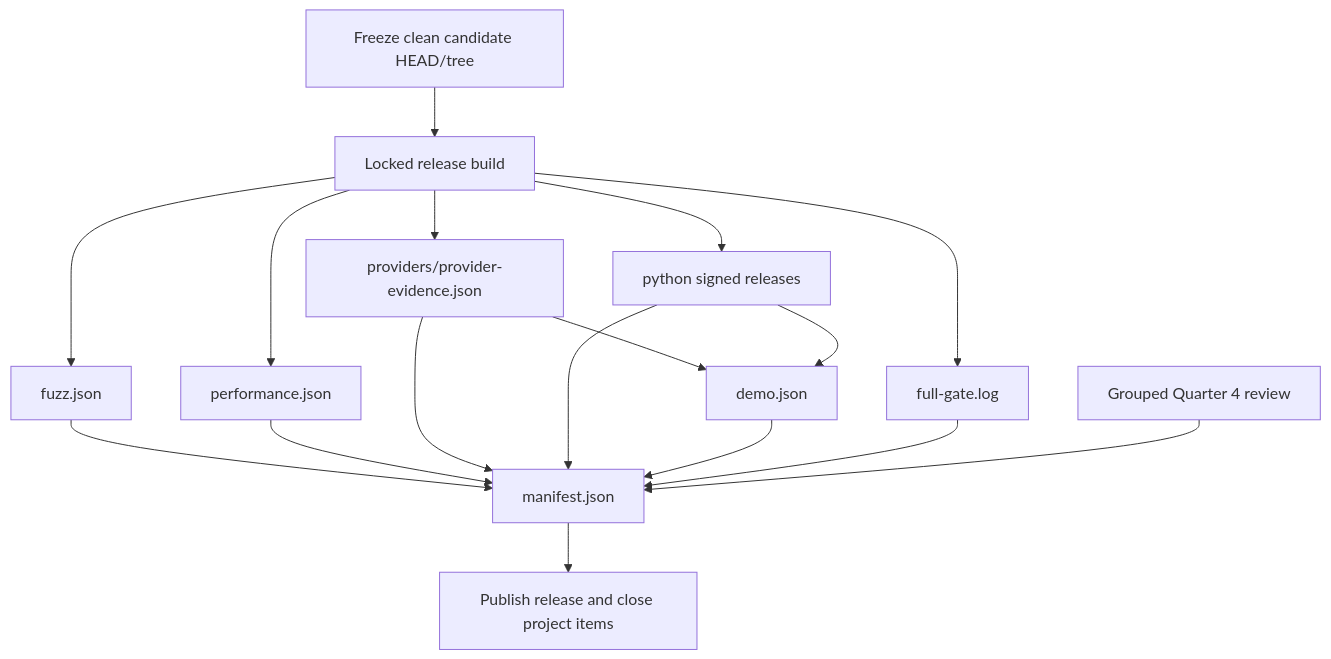
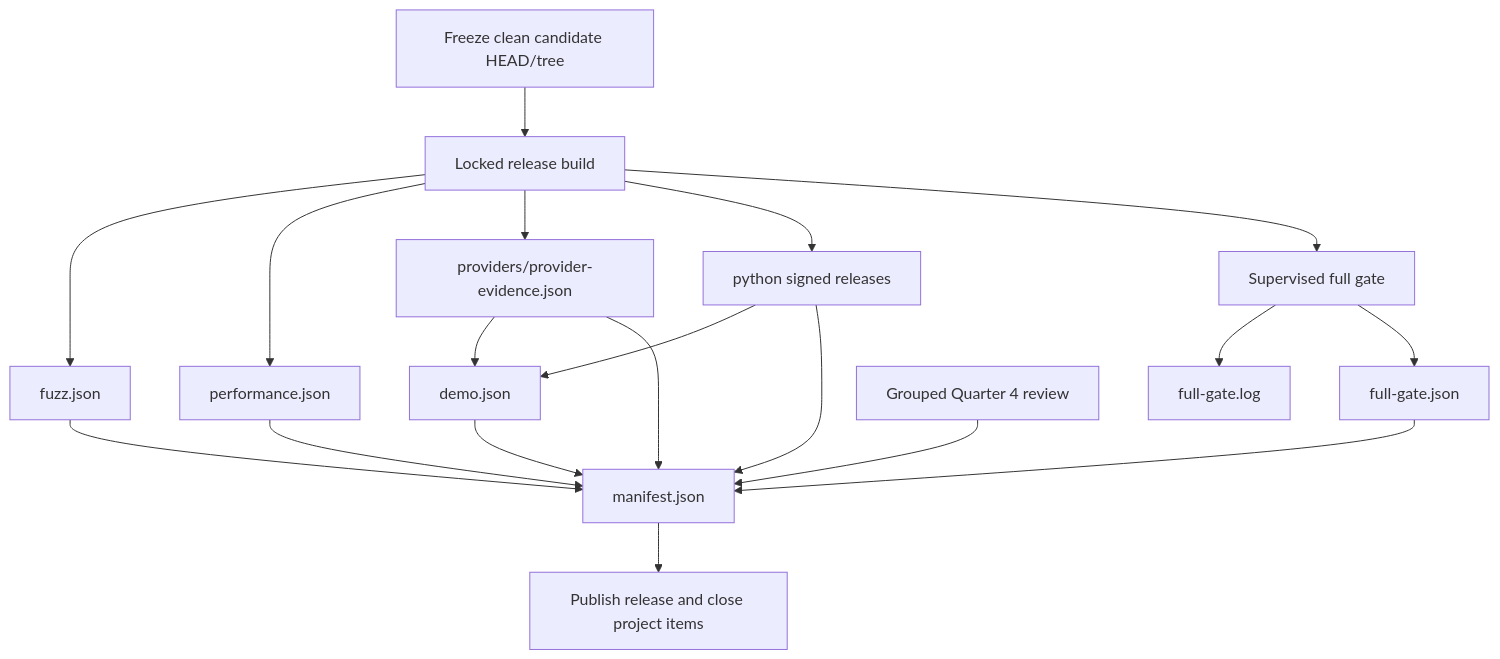
Before and after one commit to Sawmonabo/market-squawk: the diagram in docs/verification/usable-release-gate.md, drawn with Mermaid. The commit also changed other lines of this file and 15 other files, not shown here.

````diff
--- a/docs/verification/usable-release-gate.md
+++ b/docs/verification/usable-release-gate.md
@@ -53,31 +53,35 @@
 ```mermaid
 flowchart TD
     Freeze["Freeze clean candidate HEAD/tree"]
     Build["Locked release build"]
     Fuzz["fuzz.json"]
     Perf["performance.json"]
     Providers["providers/provider-evidence.json"]
     Python["python signed releases"]
     Demo["demo.json"]
-    Gate["full-gate.log"]
+    Gate["Supervised full gate"]
+    GateLog["full-gate.log"]
+    GateReceipt["full-gate.json"]
     Review["Grouped Quarter 4 review"]
     Close["manifest.json"]
     Publish["Publish release and close project items"]
 
     Freeze --> Build
     Build --> Fuzz
     Build --> Perf
     Build --> Providers
     Build --> Python
     Providers --> Demo
     Python --> Demo
     Build --> Gate
+    Gate --> GateLog
+    Gate --> GateReceipt
     Fuzz --> Close
     Perf --> Close
     Providers --> Close
     Python --> Close
     Demo --> Close
-    Gate --> Close
+    GateReceipt --> Close
     Review --> Close
     Close --> Publish
 ```
````
